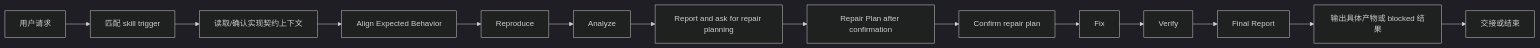
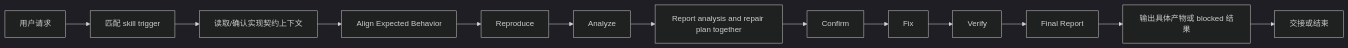
The diagram in docs/pm/agents/engineer-agent/skills/debugger/PRD.md (Neplich/dev-agent-skills), drawn with Mermaid (dark theme) before and after one commit. The commit also changed other lines of this file and 10 other files, not shown here.

````diff
--- a/docs/pm/agents/engineer-agent/skills/debugger/PRD.md
+++ b/docs/pm/agents/engineer-agent/skills/debugger/PRD.md
@@ -113,16 +112,15 @@
 ```mermaid
 flowchart LR
     Request["用户请求"] --> Match["匹配 skill trigger"]
     Match --> Context["读取/确认实现契约上下文"]
     Context --> Step1["Align Expected Behavior"]
     Step1 --> Step2["Reproduce"]
     Step2 --> Step3["Analyze"]
-    Step3 --> Step4["Report and ask for repair planning"]
-    Step4 --> Step5["Repair Plan after confirmation"]
-    Step5 --> Step6["Confirm repair plan"]
-    Step6 --> Step7["Fix"]
-    Step7 --> Step8["Verify"]
-    Step8 --> Step9["Final Report"]
-    Step9 --> Artifact["输出具体产物或 blocked 结果"]
+    Step3 --> Step4["Report analysis and repair plan together"]
+    Step4 --> Step5["Confirm"]
+    Step5 --> Step6["Fix"]
+    Step6 --> Step7["Verify"]
+    Step7 --> Step8["Final Report"]
+    Step8 --> Artifact["输出具体产物或 blocked 结果"]
     Artifact --> Handoff["交接或结束"]
 ```
````
